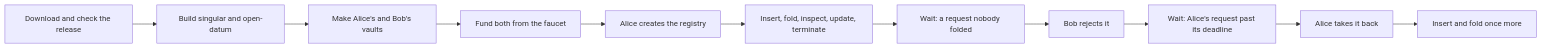
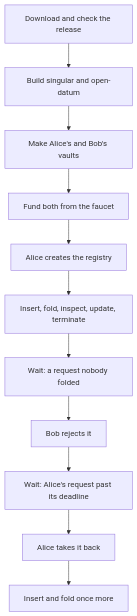
One commit to lambdasistemi/singular changed the diagram in docs/demo1-on-preprod.md. Above: the diagram before and after it, drawn with Mermaid. The commit also changed 18 other files, not shown here.

Commit message:
docs: one title for the entry page, narrow flowcharts, a glossary pointer on the command reference

````diff
--- a/docs/demo1-on-preprod.md
+++ b/docs/demo1-on-preprod.md
@@ -16,13 +16,13 @@
 ```mermaid
-flowchart LR
+flowchart TB
   Get[Download and check the release] --> Build[Build singular and open-datum]
   Build --> Wallets[Make Alice's and Bob's vaults]
   Wallets --> Faucet[Fund both from the faucet]
   Faucet --> Create[Alice creates the registry]
   Create --> Play[Insert, fold, inspect, update, terminate]
   Play --> Wait1[Wait: a request nobody folded]
   Wait1 --> Reject[Bob rejects it]
   Reject --> Wait2[Wait: Alice's request past its deadline]
   Wait2 --> Reclaim[Alice takes it back]
   Reclaim --> End[Insert and fold once more]
 ```
````
